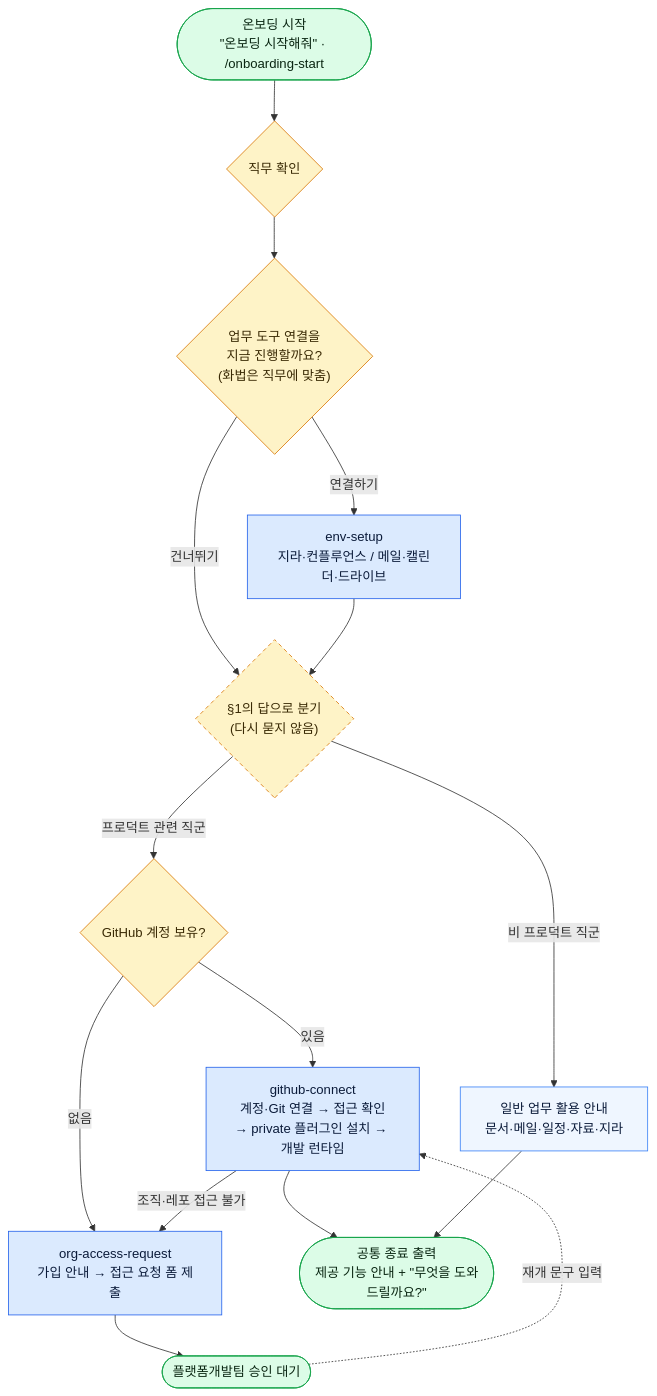
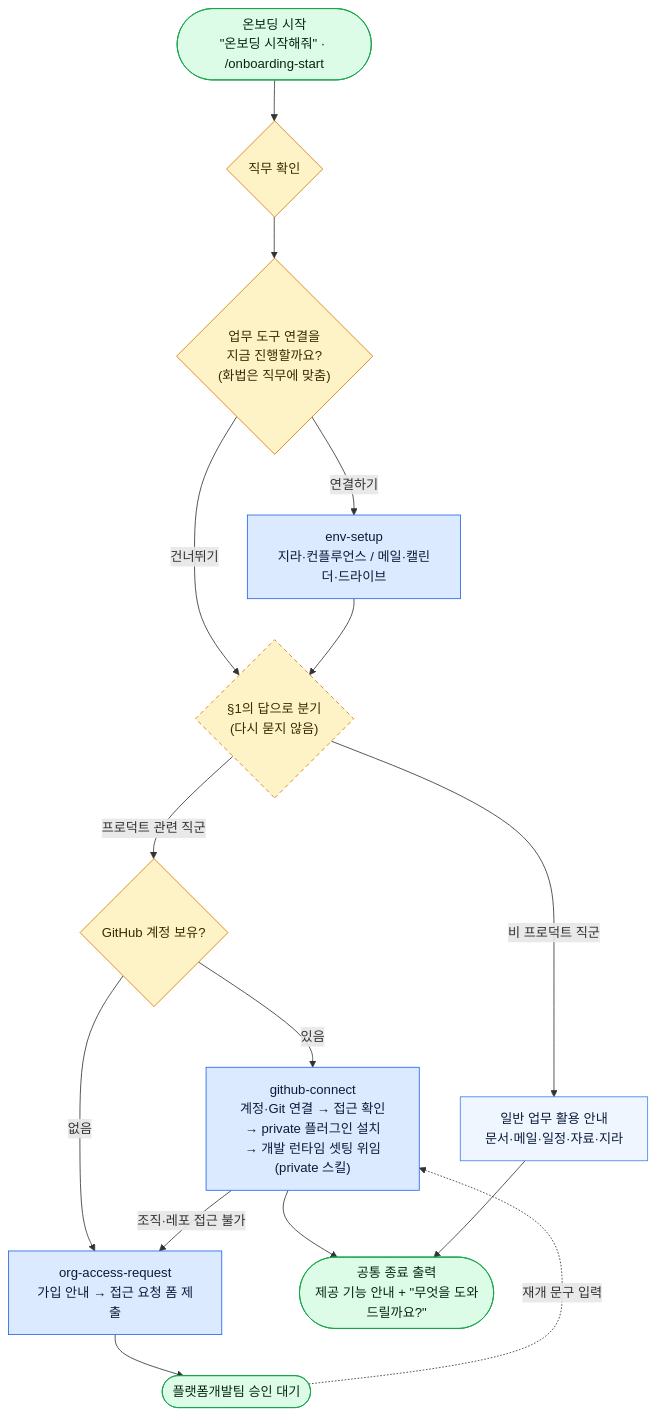
The diagram in plugins/terroir-onboarding/README.md (VntgCorp/terroir-claude-plugin-public), drawn with Mermaid before and after one commit. The commit also changed 1 other file, not shown here.

Commit message:
refactor: 개발 런타임 셋업(§5.5)을 private 플러그인으로 이관 [RDDP-1439]
Node·pnpm 셋업은 3.3.1 계획의 public 범위(gh 연결 +
private 설치까지)를 벗어난다. §5.5를 제거하고 §6에서
설치된 private 플러그인의 셋팅 스킬로 위임한다.
public 문서에 private 플러그인 이름을 적지 않는 규칙에
따라 일반 서술로 연결. README mermaid 동반 수정.

````diff
--- a/plugins/terroir-onboarding/README.md
+++ b/plugins/terroir-onboarding/README.md
@@ -34,46 +34,46 @@
 ```mermaid
 flowchart TD
     START(["온보딩 시작<br/>&quot;온보딩 시작해줘&quot; · /onboarding-start"])
 
     Q1{"직무 확인"}
     Q2{"업무 도구 연결을<br/>지금 진행할까요?<br/>(화법은 직무에 맞춤)"}
     ENV["env-setup<br/>지라·컨플루언스 / 메일·캘린더·드라이브"]
     BR{"§1의 답으로 분기<br/>(다시 묻지 않음)"}
     Q3{"GitHub 계정 보유?"}
 
-    GH["github-connect<br/>계정·Git 연결 → 접근 확인<br/>→ private 플러그인 설치 → 개발 런타임"]
+    GH["github-connect<br/>계정·Git 연결 → 접근 확인<br/>→ private 플러그인 설치<br/>→ 개발 런타임 셋팅 위임(private 스킬)"]
     OA["org-access-request<br/>가입 안내 → 접근 요청 폼 제출"]
     WAIT(["플랫폼개발팀 승인 대기"])
     NP["일반 업무 활용 안내<br/>문서·메일·일정·자료·지라"]
 
     END(["공통 종료 출력<br/>제공 기능 안내 + &quot;무엇을 도와드릴까요?&quot;"])
 
     START --> Q1
     Q1 --> Q2
     Q2 -->|연결하기| ENV
     Q2 -->|건너뛰기| BR
     ENV --> BR
 
     BR -->|프로덕트 관련 직군| Q3
     BR -->|비 프로덕트 직군| NP
 
     Q3 -->|있음| GH
     Q3 -->|없음| OA
     GH -->|조직·레포 접근 불가| OA
     OA --> WAIT
     WAIT -.->|재개 문구 입력| GH
 
     GH --> END
     NP --> END
 
     classDef skill fill:#dbeafe,stroke:#2563eb,color:#0b1b3a
     classDef gate fill:#fef3c7,stroke:#d97706,color:#3a2a05
     classDef term fill:#dcfce7,stroke:#16a34a,color:#0a2612
     classDef step fill:#eff6ff,stroke:#3b82f6,color:#0b1b3a
     classDef branch fill:#fef3c7,stroke:#d97706,color:#3a2a05,stroke-dasharray:5 4
     class ENV,GH,OA skill
     class Q1,Q2,Q3 gate
     class BR branch
     class START,END,WAIT term
     class NP step
 ```
````
